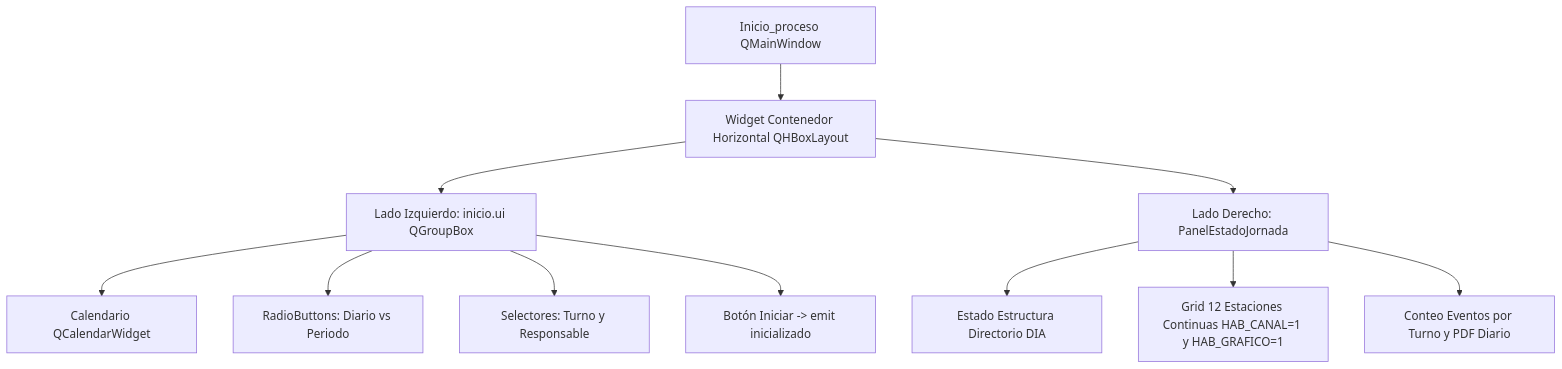
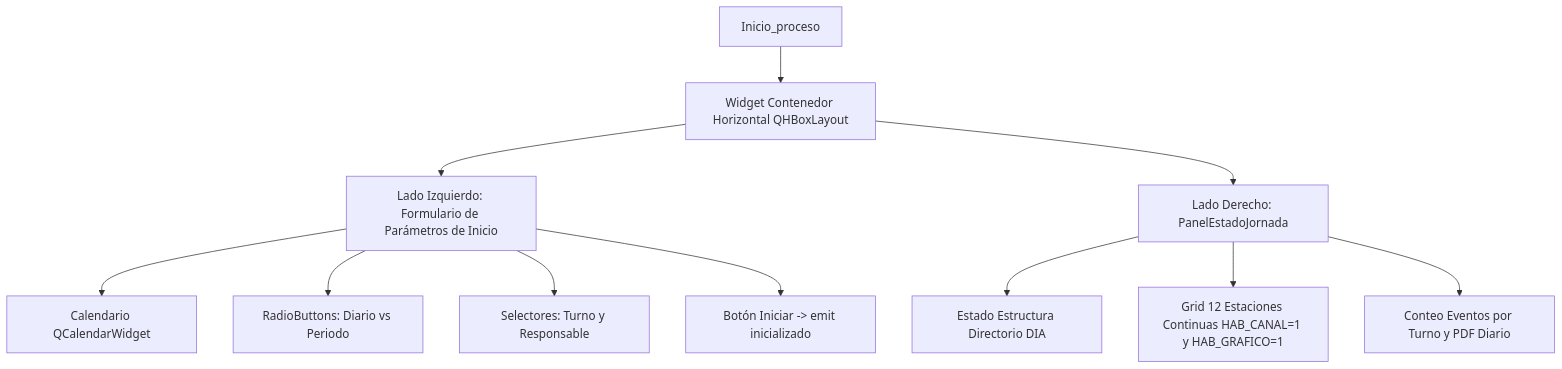
The diagram in src/subprogramas/inicio_contx.md (RedSismicaAustro/rsa_sismologia), drawn with Mermaid before and after one commit. The commit also changed other lines of this file and 31 other files, not shown here.

````diff
--- a/src/subprogramas/inicio_contx.md
+++ b/src/subprogramas/inicio_contx.md
@@ -23,13 +24,13 @@
 ```mermaid
 graph TD
-    A[Inicio_proceso QMainWindow] --> B[Widget Contenedor Horizontal QHBoxLayout]
-    B --> C[Lado Izquierdo: inicio.ui QGroupBox]
+    A[Inicio_proceso] --> B[Widget Contenedor Horizontal QHBoxLayout]
+    B --> C[Lado Izquierdo: Formulario de Parámetros de Inicio]
     B --> D[Lado Derecho: PanelEstadoJornada]
     C --> C1[Calendario QCalendarWidget]
     C --> C2[RadioButtons: Diario vs Periodo]
     C --> C3[Selectores: Turno y Responsable]
     C --> C4[Botón Iniciar -> emit inicializado]
     D --> D1[Estado Estructura Directorio DIA]
     D --> D2[Grid 12 Estaciones Continuas HAB_CANAL=1 y HAB_GRAFICO=1]
     D --> D3[Conteo Eventos por Turno y PDF Diario]
 ```
````
